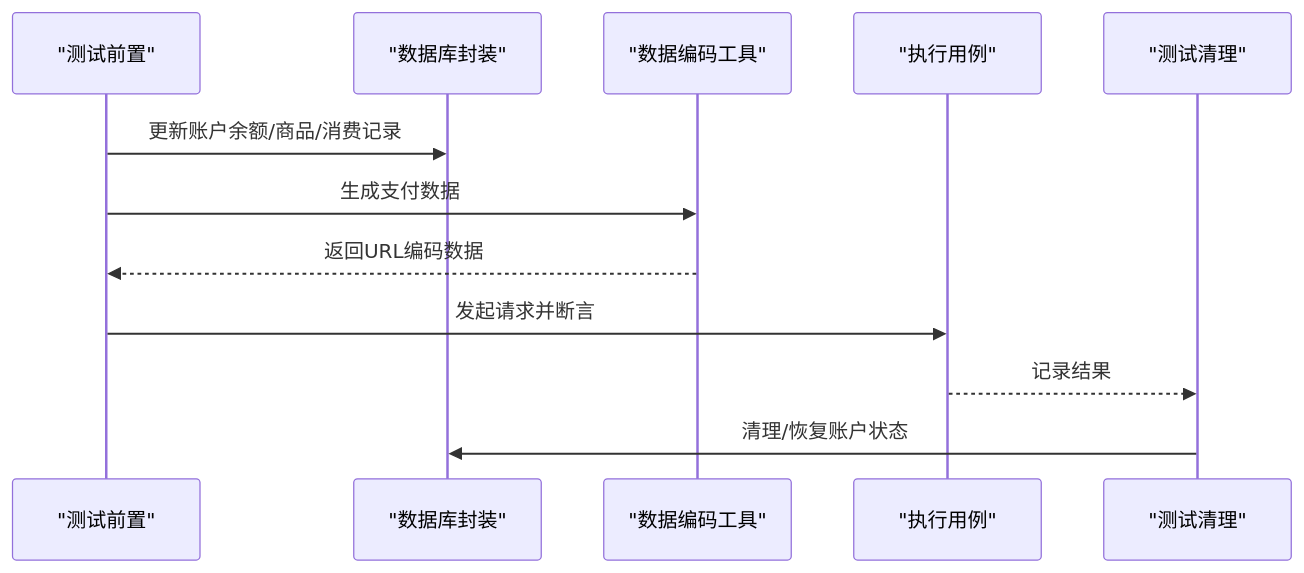
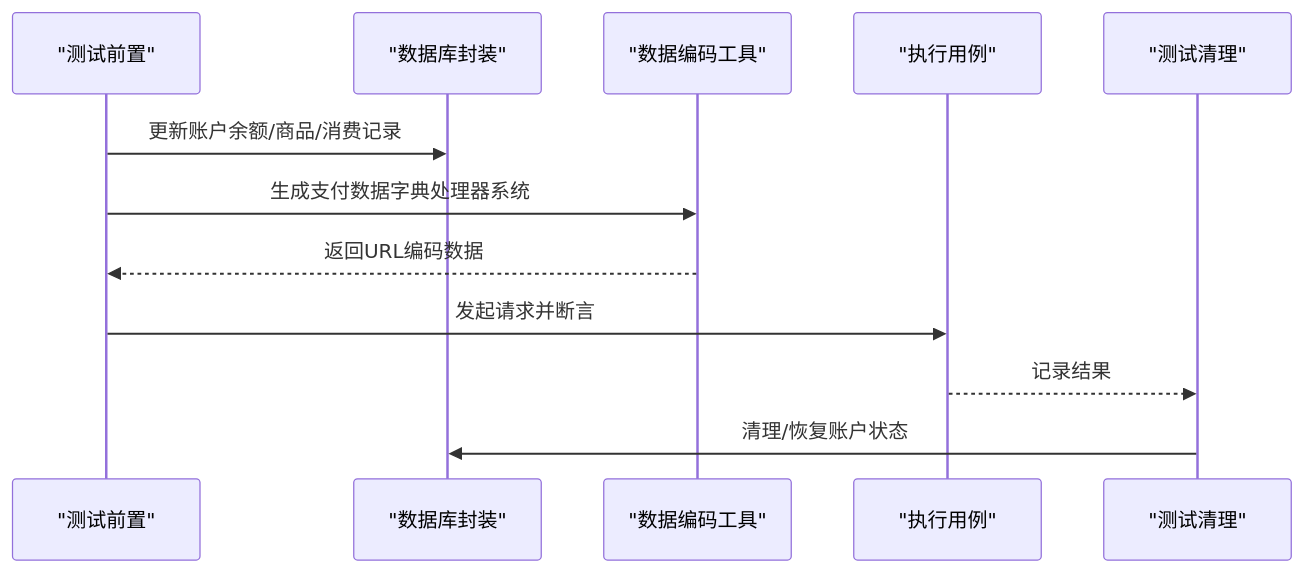
One commit to liximing1-ola/qa-payTest changed the fourth of 5 diagrams in .qoder/repowiki/zh/content/核心模块/工具方法模块.md. Above: the diagram before and after it, drawn with Mermaid. The commit also changed other lines of this file and 13 other files, not shown here.

````diff
--- a/.qoder/repowiki/zh/content/核心模块/工具方法模块.md
+++ b/.qoder/repowiki/zh/content/核心模块/工具方法模块.md
@@ -453,14 +344,14 @@
 ```mermaid
 sequenceDiagram
 participant Setup as "测试前置"
 participant DB as "数据库封装"
 participant Tools as "数据编码工具"
 participant Exec as "执行用例"
 participant Clean as "测试清理"
 Setup->>DB : 更新账户余额/商品/消费记录
-Setup->>Tools : 生成支付数据
+Setup->>Tools : 生成支付数据字典处理器系统
 Tools-->>Setup : 返回URL编码数据
 Setup->>Exec : 发起请求并断言
 Exec-->>Clean : 记录结果
 Clean->>DB : 清理/恢复账户状态
 ```
````
